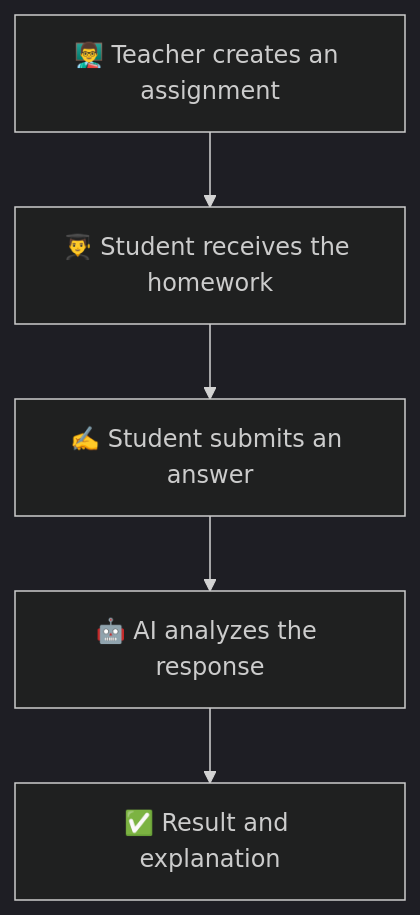
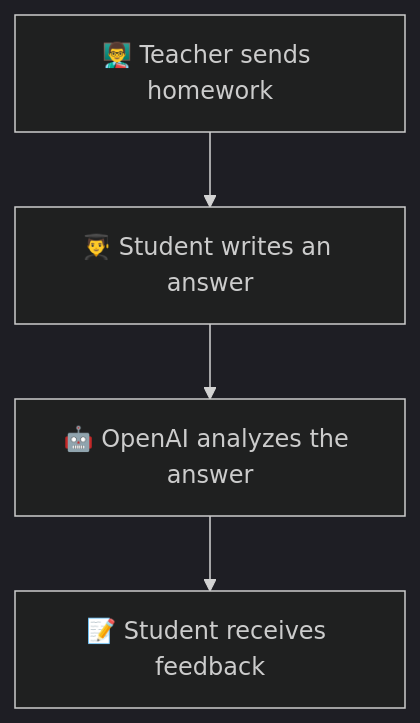
Before and after one commit to developer2507/CheckAI: the diagram in README.md, drawn with Mermaid (dark theme). The commit also changed other lines of this file, not shown here.

````diff
--- a/README.md
+++ b/README.md
@@ -66,13 +58,11 @@
 ```mermaid
 flowchart TD
-    A["👨‍🏫 Teacher creates an assignment"]
-    B["👨‍🎓 Student receives the homework"]
-    C["✍️ Student submits an answer"]
-    D["🤖 AI analyzes the response"]
-    E["✅ Result and explanation"]
+    A["👨‍🏫 Teacher sends homework"]
+    B["👨‍🎓 Student writes an answer"]
+    C["🤖 OpenAI analyzes the answer"]
+    D["📝 Student receives feedback"]
 
     A --> B
     B --> C
     C --> D
-    D --> E
 ```
````
